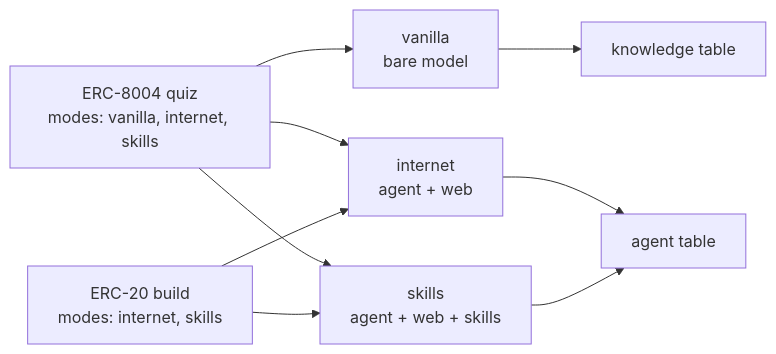
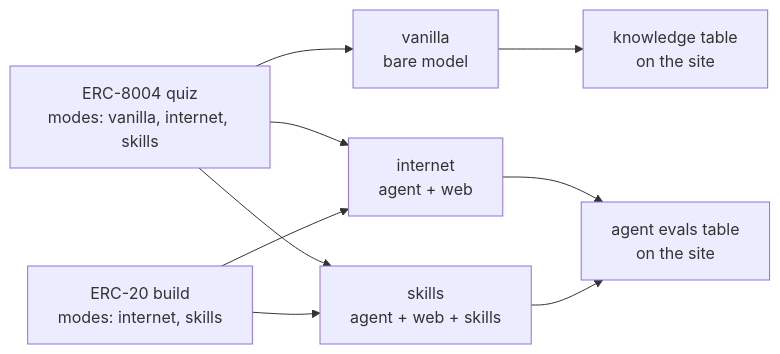
Before and after one commit to BuidlGuidl/ethevals: the third of 5 diagrams in docs/eval-spec.md, drawn with Mermaid. The commit also changed other lines of this file and 1 other file, not shown here.

Commit message:
Reorder eval spec, define named checks, name the site tables

````diff
--- a/docs/eval-spec.md
+++ b/docs/eval-spec.md
@@ -126,17 +180,17 @@
 ```mermaid
 flowchart LR
     Q["ERC-8004 quiz<br/>modes: vanilla, internet, skills"]
     B["ERC-20 build<br/>modes: internet, skills"]
     V["vanilla<br/>bare model"]
     I["internet<br/>agent + web"]
     S["skills<br/>agent + web + skills"]
-    KT["knowledge table"]
-    AT["agent table"]
+    KT["knowledge table<br/>on the site"]
+    AT["agent evals table<br/>on the site"]
     Q --> V --> KT
     Q --> I
     Q --> S
     B --> I
     B --> S
     I --> AT
     S --> AT
 ```
````
